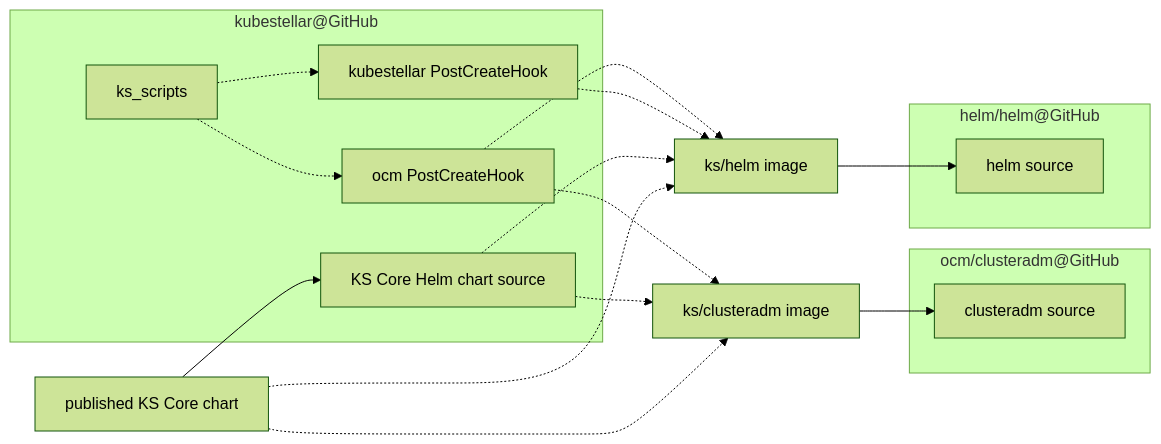
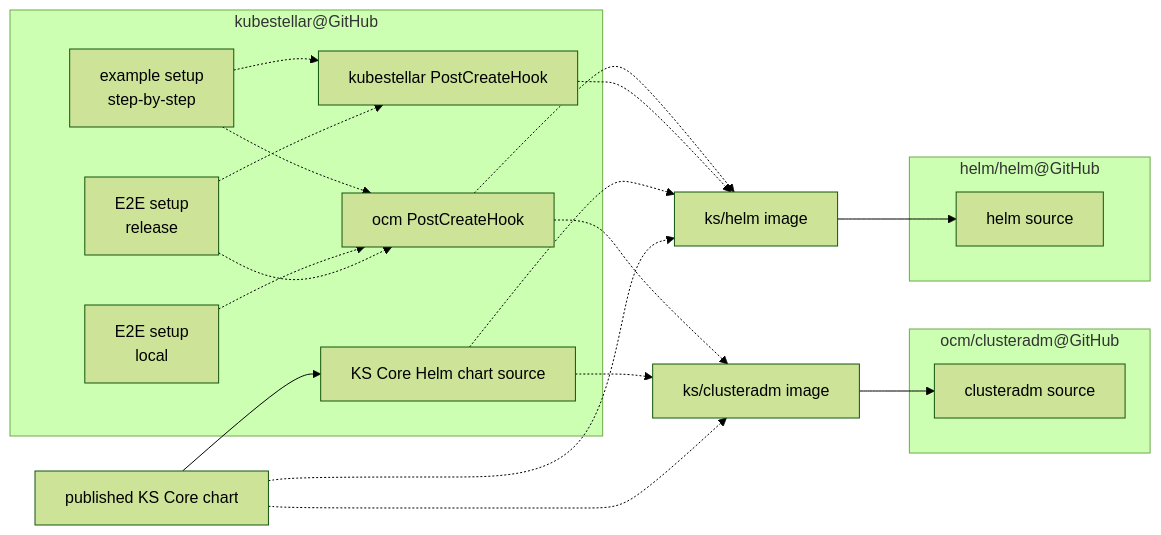
The fourth of 5 diagrams in docs/content/direct/packaging.md (kubestellar/kubestellar), drawn with Mermaid (forest theme) before and after one commit. The commit also changed other lines of this file, not shown here.

Commit message:
Break out individual scripts in diagrams

````diff
--- a/docs/content/direct/packaging.md
+++ b/docs/content/direct/packaging.md
@@ -119,26 +134,32 @@
 ```mermaid
 flowchart LR
     subgraph helm_repo["helm/helm@GitHub"]
     helm_src["helm source"]
     end
     subgraph cladm_repo["ocm/clusteradm@GitHub"]
     cladm_src["clusteradm source"]
     end
     subgraph ks_repo["kubestellar@GitHub"]
     ksc_hc_src[KS Core Helm chart source]
     ks_pch[kubestellar PostCreateHook]
     ocm_pch["ocm PostCreateHook"]
-    ks_scripts -.-> ocm_pch
-    ks_scripts -.-> ks_pch
+    setup_steps["example setup<br>step-by-step"]
+    e2e_local["E2E setup<br>local"]
+    e2e_release["E2E setup<br>release"]
     end
     helm_image["ks/helm image"] --> helm_src
     cladm_image["ks/clusteradm image"] --> cladm_src
     ocm_pch -.-> helm_image
     ocm_pch -.-> cladm_image
     ks_pch -.-> helm_image
     ksc_hc_repo[published KS Core chart] --> ksc_hc_src
     ksc_hc_src -.-> helm_image
     ksc_hc_src -.-> cladm_image
     ksc_hc_repo -.-> cladm_image
     ksc_hc_repo -.-> helm_image
+    setup_steps -.-> ocm_pch
+    setup_steps -.-> ks_pch
+    e2e_local -.-> ocm_pch
+    e2e_release -.-> ocm_pch
+    e2e_release -.-> ks_pch
 ```
````
